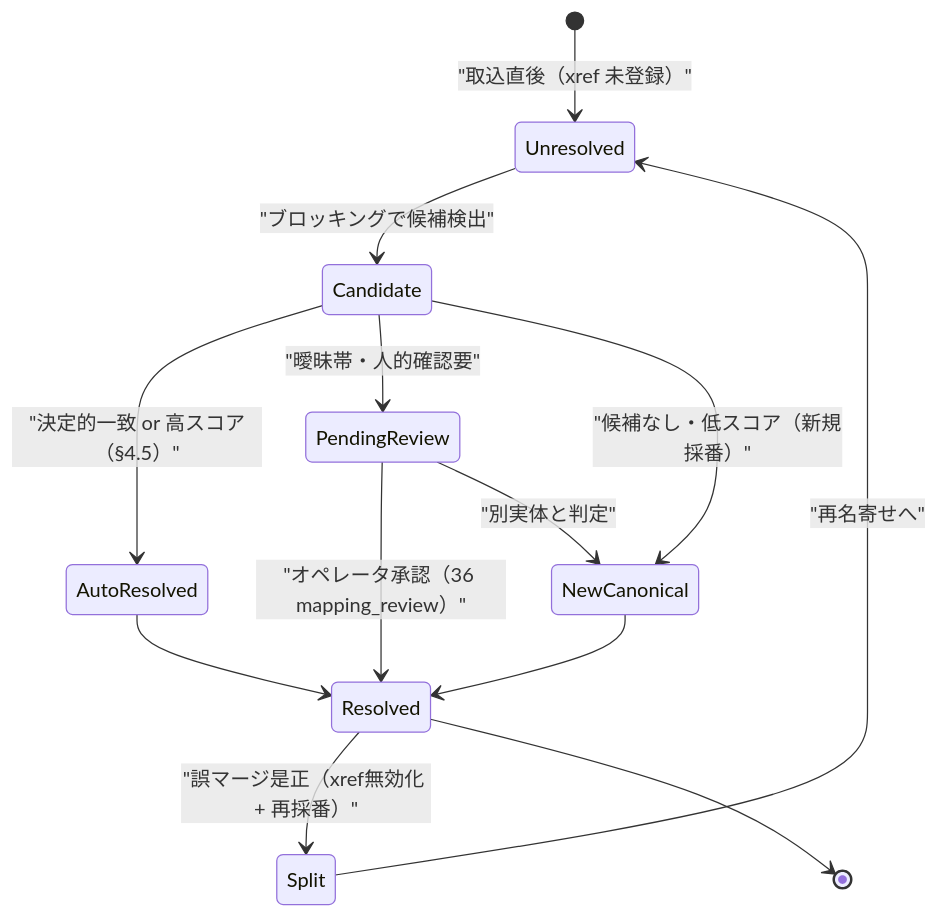
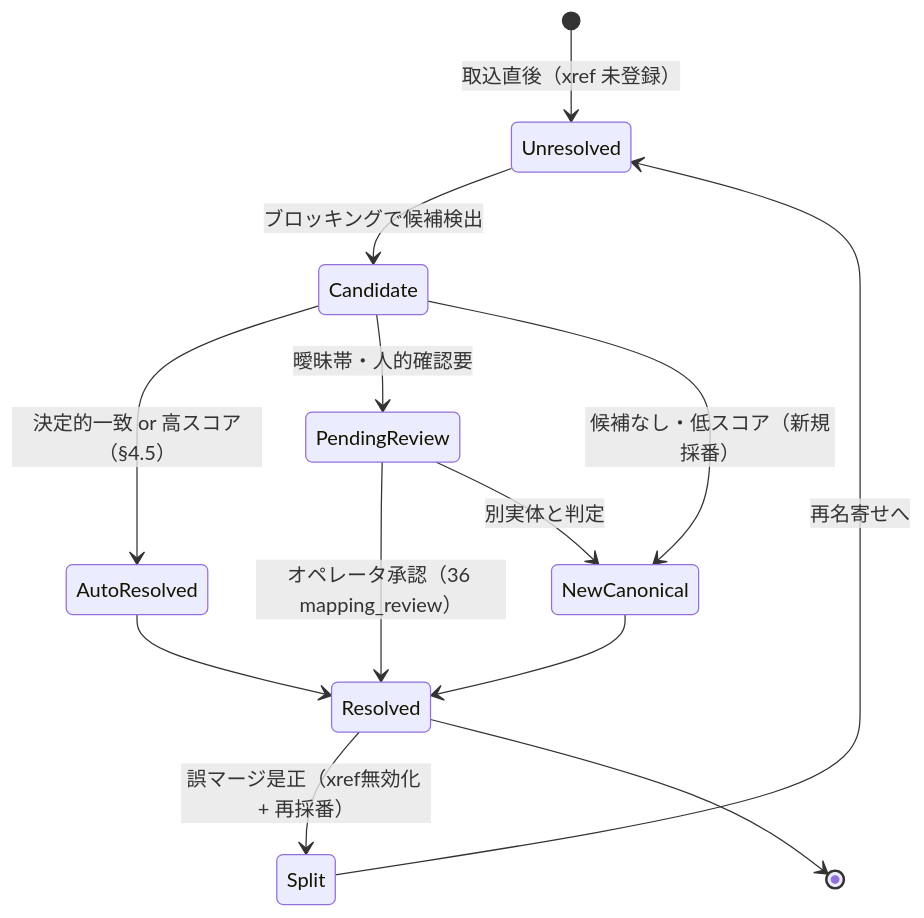
One commit to TSUNAGUBA/akebono-honshu changed the third of 17 diagrams in docs/platform-design/detailed-design/20-canonical-mdm-and-entity-resolution.md. Above: the diagram before and after it, drawn with Mermaid. The commit also changed other lines of this file and 30 other files, not shown here.

````diff
--- a/docs/platform-design/detailed-design/20-canonical-mdm-and-entity-resolution.md
+++ b/docs/platform-design/detailed-design/20-canonical-mdm-and-entity-resolution.md
@@ -163,15 +163,15 @@
 ```mermaid
 stateDiagram-v2
-    [*] --> Unresolved: "取込直後（xref 未登録）"
-    Unresolved --> Candidate: "ブロッキングで候補検出"
-    Candidate --> AutoResolved: "決定的一致 or 高スコア（§4.5）"
-    Candidate --> PendingReview: "曖昧帯・人的確認要"
-    Candidate --> NewCanonical: "候補なし・低スコア（新規採番）"
-    PendingReview --> Resolved: "オペレータ承認（36 mapping_review）"
-    PendingReview --> NewCanonical: "別実体と判定"
+    [*] --> Unresolved: 取込直後（xref 未登録）
+    Unresolved --> Candidate: ブロッキングで候補検出
+    Candidate --> AutoResolved: 決定的一致 or 高スコア（§4.5）
+    Candidate --> PendingReview: 曖昧帯・人的確認要
+    Candidate --> NewCanonical: 候補なし・低スコア（新規採番）
+    PendingReview --> Resolved: オペレータ承認（36 mapping_review）
+    PendingReview --> NewCanonical: 別実体と判定
     AutoResolved --> Resolved
     NewCanonical --> Resolved
-    Resolved --> Split: "誤マージ是正（xref無効化 + 再採番）"
-    Split --> Unresolved: "再名寄せへ"
+    Resolved --> Split: 誤マージ是正（xref無効化 + 再採番）
+    Split --> Unresolved: 再名寄せへ
     Resolved --> [*]
 ```
````
